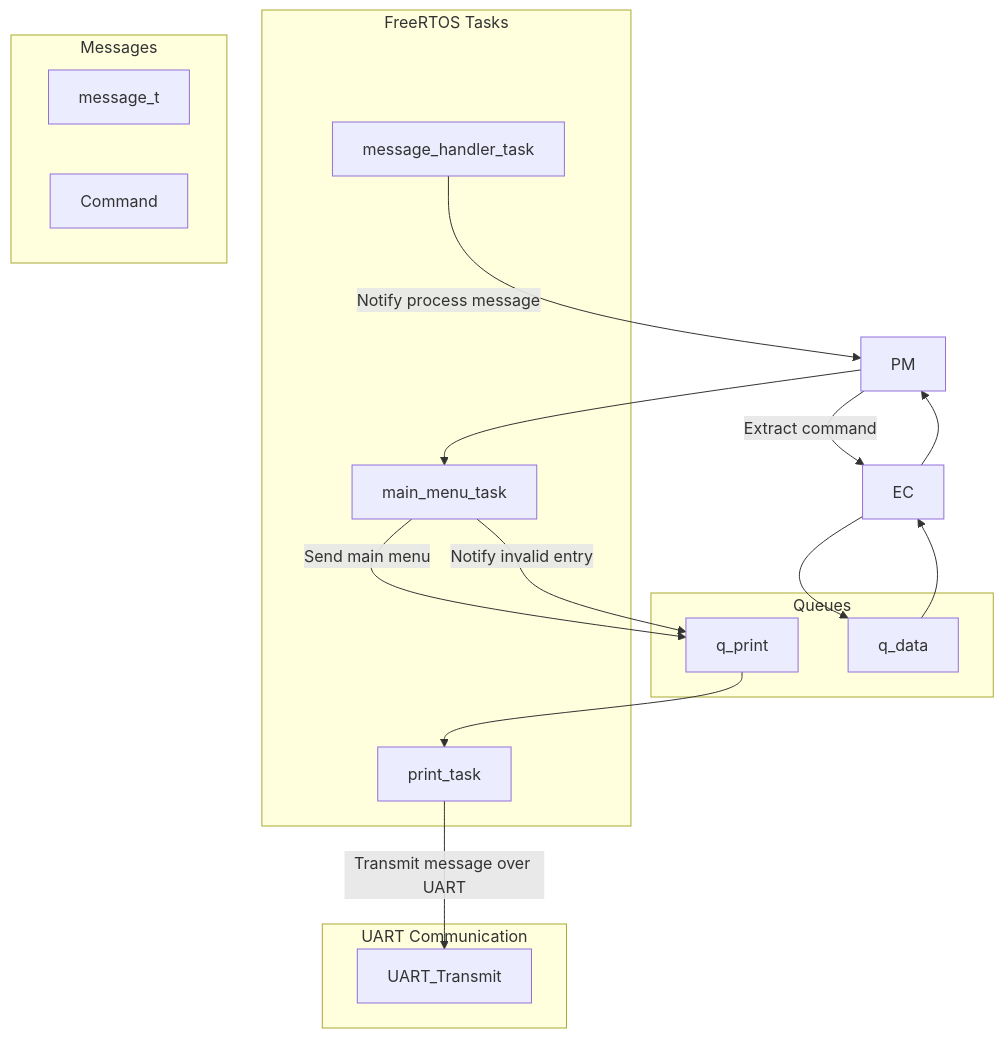
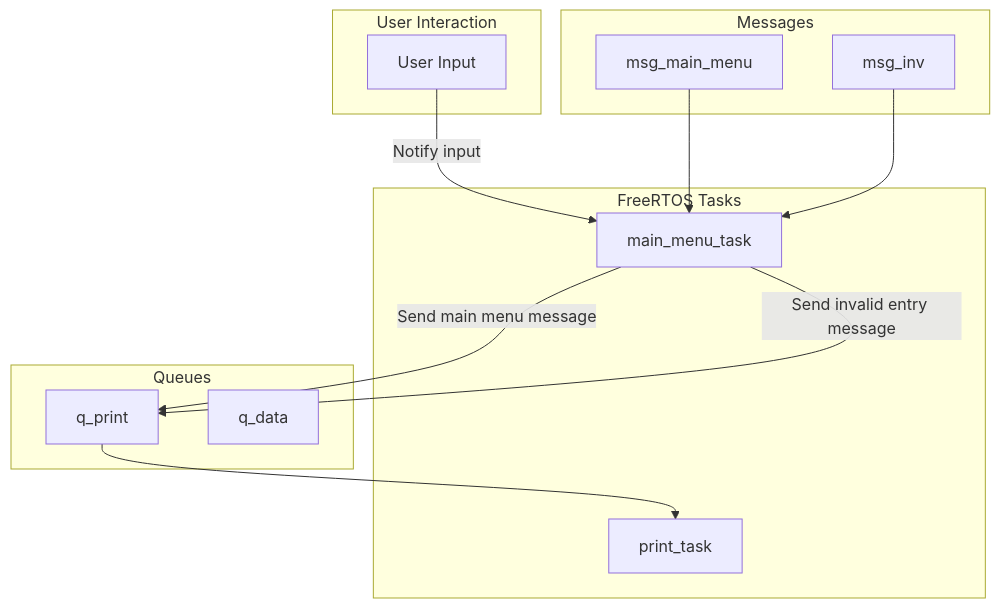
The first of 2 diagrams in FreeRTOSDemoProject/Docs/Tasks/UartManager.md (c-coyne/stm32f407-freertos-demo), drawn with Mermaid before and after one commit. The commit also changed other lines of this file and 9 other files, not shown here.

Commit message:
Updated README.md, moved main_menu_task documentation to UartManager.md

````diff
--- a/FreeRTOSDemoProject/Docs/Tasks/UartManager.md
+++ b/FreeRTOSDemoProject/Docs/Tasks/UartManager.md
@@ -79,33 +141,29 @@
 ```mermaid
 graph TD
     subgraph FreeRTOS Tasks
-        MHT[message_handler_task]
-        PT[print_task]
-        MMT[main_menu_task]
+        A[main_menu_task]
+        B[print_task]
     end
-
     subgraph Queues
         Q1[q_print]
         Q2[q_data]
     end
 
-    subgraph Messages
-        M1[message_t]
-        CMD1[Command]
+    A -->|Send main menu message| Q1
+    Q1 --> B
+
+    subgraph User Interaction
+        C[User Input]
     end
 
-    subgraph UART Communication
-        U1[UART_Transmit]
+    C -->|Notify input| A
+
+    subgraph Messages
+        M1[msg_main_menu]
+        M2[msg_inv]
     end
 
-    MHT -->|Notify process message| PM
-    PM -->|Extract command| EC
-    EC --> Q2
-    Q2 --> EC
-    EC --> PM
-    PM --> MMT
-    MMT -->|Send main menu| Q1
-    MMT -->|Notify invalid entry| Q1
-    Q1 --> PT
-    PT -->|Transmit message over UART| U1
+    M1 --> A
+    M2 --> A
+    A -->|Send invalid entry message| Q1
 ```
````
